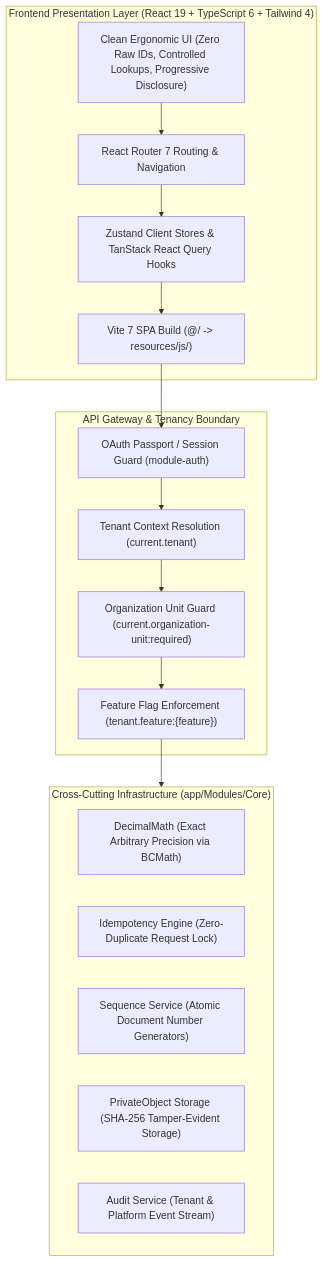
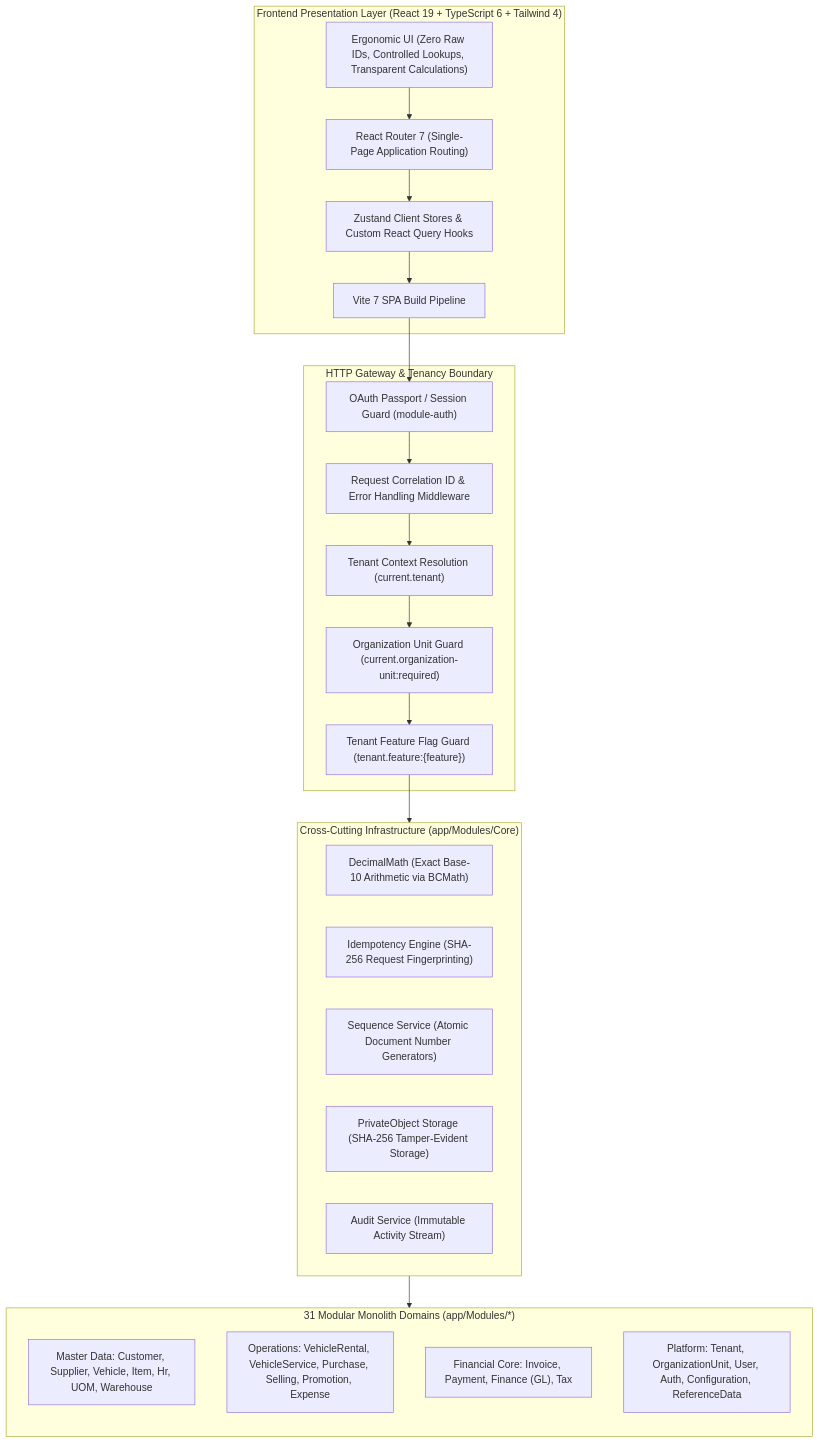
One commit to kasunvimarshana/AutoERP changed the first of 3 diagrams in docs/knowledgebase.md. Above: the diagram before and after it, drawn with Mermaid. The commit also changed other lines of this file and 1 other file, not shown here.

Commit message:
docs: rebuild knowledgebase and record system-wide audit verification

````diff
--- a/docs/knowledgebase.md
+++ b/docs/knowledgebase.md
@@ -55,33 +45,44 @@
 ```mermaid
 flowchart TD
     subgraph Client["Frontend Presentation Layer (React 19 + TypeScript 6 + Tailwind 4)"]
-        UI["Clean Ergonomic UI (Zero Raw IDs, Controlled Lookups, Progressive Disclosure)"]
-        ROUTER["React Router 7 Routing & Navigation"]
-        STATE["Zustand Client Stores & TanStack React Query Hooks"]
-        VITE["Vite 7 SPA Build (@/ -> resources/js/)"]
+        UI["Ergonomic UI (Zero Raw IDs, Controlled Lookups, Transparent Calculations)"]
+        ROUTER["React Router 7 (Single-Page Application Routing)"]
+        STATE["Zustand Client Stores & Custom React Query Hooks"]
+        VITE["Vite 7 SPA Build Pipeline"]
         UI --> ROUTER
         ROUTER --> STATE
         STATE --> VITE
     end
 
-    subgraph Middleware["API Gateway & Tenancy Boundary"]
+    subgraph Gateway["HTTP Gateway & Tenancy Boundary"]
         AUTH_MID["OAuth Passport / Session Guard (module-auth)"]
+        CORRELATION["Request Correlation ID & Error Handling Middleware"]
         TENANT_MID["Tenant Context Resolution (current.tenant)"]
         ORG_MID["Organization Unit Guard (current.organization-unit:required)"]
-        FEATURE_MID["Feature Flag Enforcement (tenant.feature:{feature})"]
+        FEATURE_MID["Tenant Feature Flag Guard (tenant.feature:{feature})"]
         VITE --> AUTH_MID
-        AUTH_MID --> TENANT_MID
+        AUTH_MID --> CORRELATION
+        CORRELATION --> TENANT_MID
         TENANT_MID --> ORG_MID
         ORG_MID --> FEATURE_MID
     end
 
-    subgraph CoreServices["Cross-Cutting Infrastructure (app/Modules/Core)"]
-        DECIMAL["DecimalMath (Exact Arbitrary Precision via BCMath)"]
-        IDEMP["Idempotency Engine (Zero-Duplicate Request Lock)"]
+    subgraph CoreFoundation["Cross-Cutting Infrastructure (app/Modules/Core)"]
+        DECIMAL["DecimalMath (Exact Base-10 Arithmetic via BCMath)"]
+        IDEMP["Idempotency Engine (SHA-256 Request Fingerprinting)"]
         SEQ["Sequence Service (Atomic Document Number Generators)"]
         PRIV["PrivateObject Storage (SHA-256 Tamper-Evident Storage)"]
-        AUDIT["Audit Service (Tenant & Platform Event Stream)"]
+        AUDIT["Audit Service (Immutable Activity Stream)"]
     end
 
-    FEATURE_MID --> CoreServices
+    subgraph DomainModules["31 Modular Monolith Domains (app/Modules/*)"]
+        direction TB
+        MASTER["Master Data: Customer, Supplier, Vehicle, Item, Hr, UOM, Warehouse"]
+        OPERATIONS["Operations: VehicleRental, VehicleService, Purchase, Selling, Promotion, Expense"]
+        FINANCE["Financial Core: Invoice, Payment, Finance (GL), Tax"]
+        PLATFORM["Platform: Tenant, OrganizationUnit, User, Auth, Configuration, ReferenceData"]
+    end
+
+    FEATURE_MID --> CoreFoundation
+    CoreFoundation --> DomainModules
 ```
````
